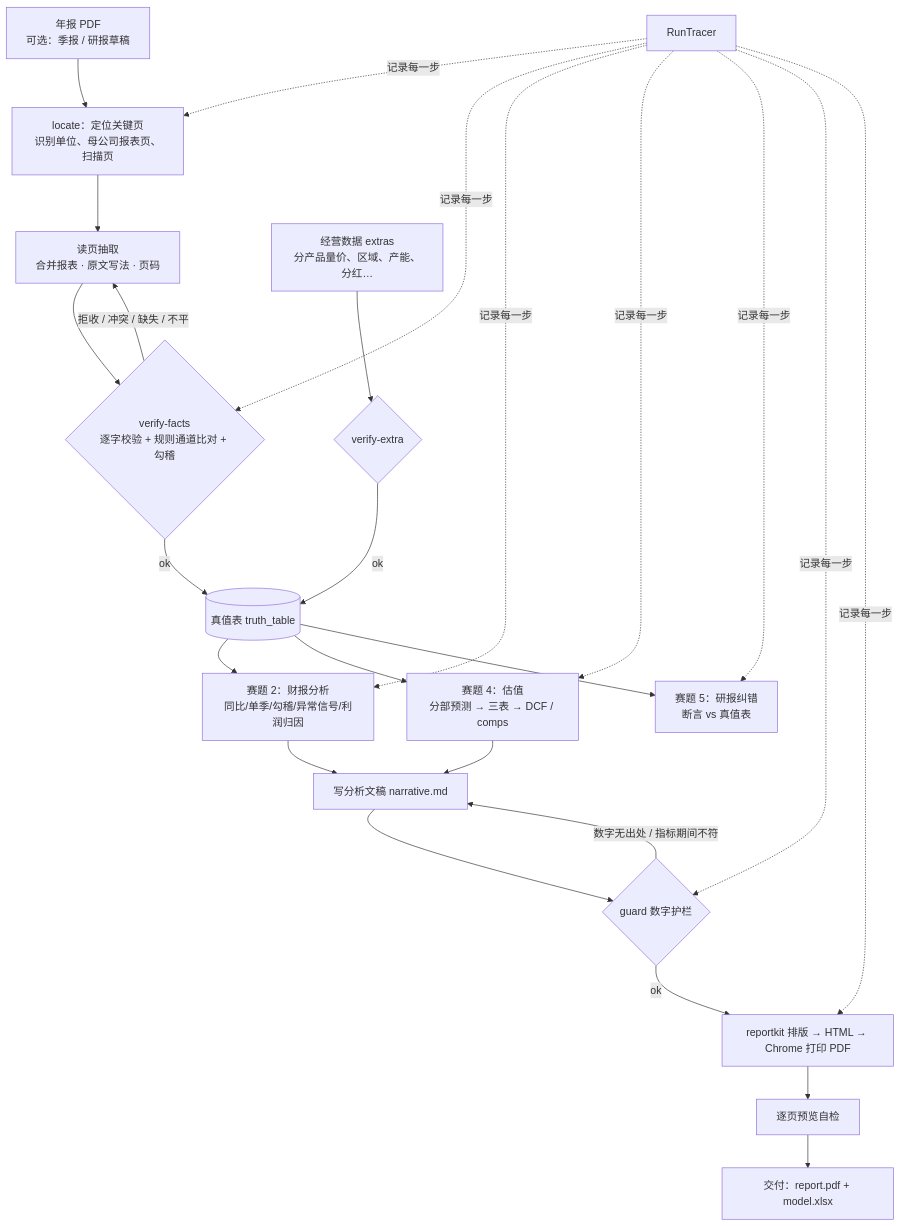
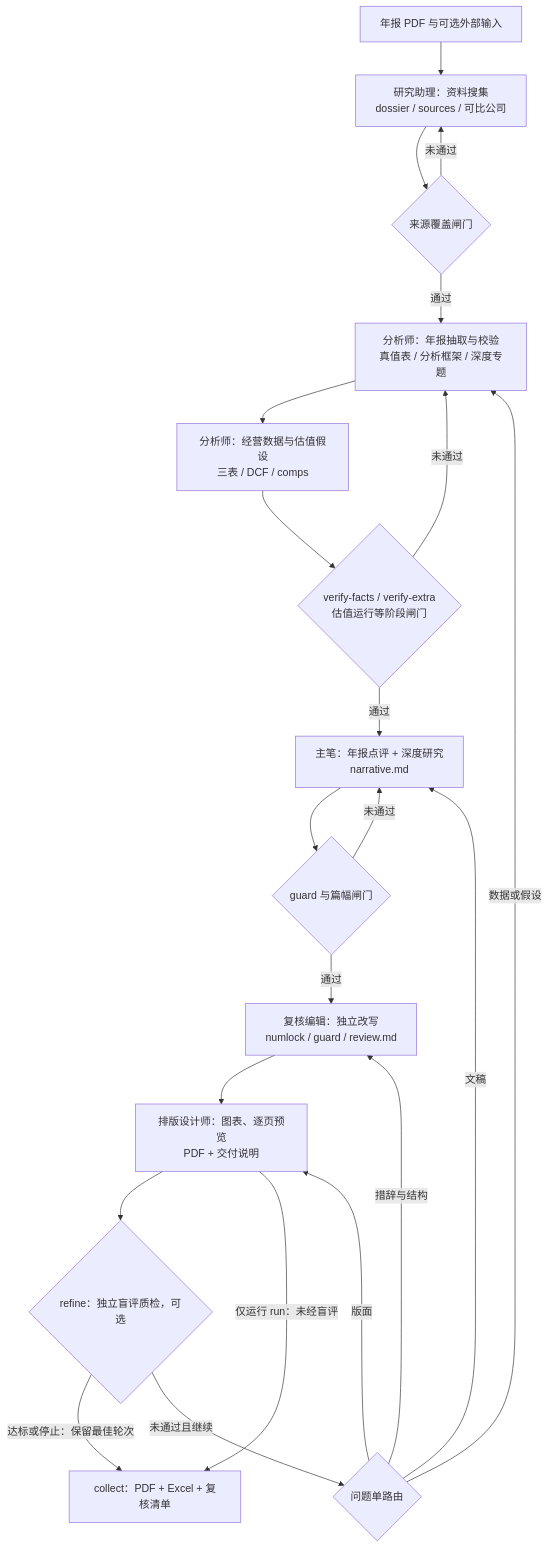
Before and after one commit to MochiaoChen/LEDGER: the first of 5 diagrams in README.md, drawn with Mermaid. The commit also changed other lines of this file, not shown here.

Commit message:
docs: update README for multi-agent report pipeline

````diff
--- a/README.md
+++ b/README.md
@@ -81,21 +87,23 @@
 ```mermaid
 flowchart TD
-    A[年报 PDF<br/>可选：季报 / 研报草稿] --> B[locate：定位关键页<br/>识别单位、母公司报表页、扫描页]
-    B --> C[读页抽取<br/>合并报表 · 原文写法 · 页码]
-    C --> D{verify-facts<br/>逐字校验 + 规则通道比对 + 勾稽}
-    D -- 拒收 / 冲突 / 缺失 / 不平 --> C
-    D -- ok --> E[(真值表 truth_table)]
-    C2[经营数据 extras<br/>分产品量价、区域、产能、分红…] --> D2{verify-extra}
-    D2 -- ok --> E
-    E --> F[赛题 2：财报分析<br/>同比/单季/勾稽/异常信号/利润归因]
-    E --> G[赛题 4：估值<br/>分部预测 → 三表 → DCF / comps]
-    E --> H[赛题 5：研报纠错<br/>断言 vs 真值表]
-    F --> I[写分析文稿 narrative.md]
-    G --> I
-    I --> J{guard 数字护栏}
-    J -- 数字无出处 / 指标期间不符 --> I
-    J -- ok --> K[reportkit 排版 → HTML → Chrome 打印 PDF]
-    K --> L[逐页预览自检]
-    L --> M[交付：report.pdf + model.xlsx]
-    T[RunTracer] -.记录每一步.-> B & D & F & G & H & J & K
+    A[年报 PDF 与可选外部输入] --> B[研究助理：资料搜集<br/>dossier / sources / 可比公司]
+    B --> C{来源覆盖闸门}
+    C -- 未通过 --> B
+    C -- 通过 --> D[分析师：年报抽取与校验<br/>真值表 / 分析框架 / 深度专题]
+    D --> E[分析师：经营数据与估值假设<br/>三表 / DCF / comps]
+    E --> F{verify-facts / verify-extra<br/>估值运行等阶段闸门}
+    F -- 未通过 --> D
+    F -- 通过 --> G[主笔：年报点评 + 深度研究<br/>narrative.md]
+    G --> H{guard 与篇幅闸门}
+    H -- 未通过 --> G
+    H -- 通过 --> I[复核编辑：独立改写<br/>numlock / guard / review.md]
+    I --> J[排版设计师：图表、逐页预览<br/>PDF + 交付说明]
+    J --> K{refine：独立盲评质检，可选}
+    J -- 仅运行 run：未经盲评 --> L
+    K -- 达标或停止：保留最佳轮次 --> L[collect：PDF + Excel + 复核清单]
+    K -- 未通过且继续 --> R{问题单路由}
+    R -- 数据或假设 --> D
+    R -- 文稿 --> G
+    R -- 措辞与结构 --> I
+    R -- 版面 --> J
 ```
````
